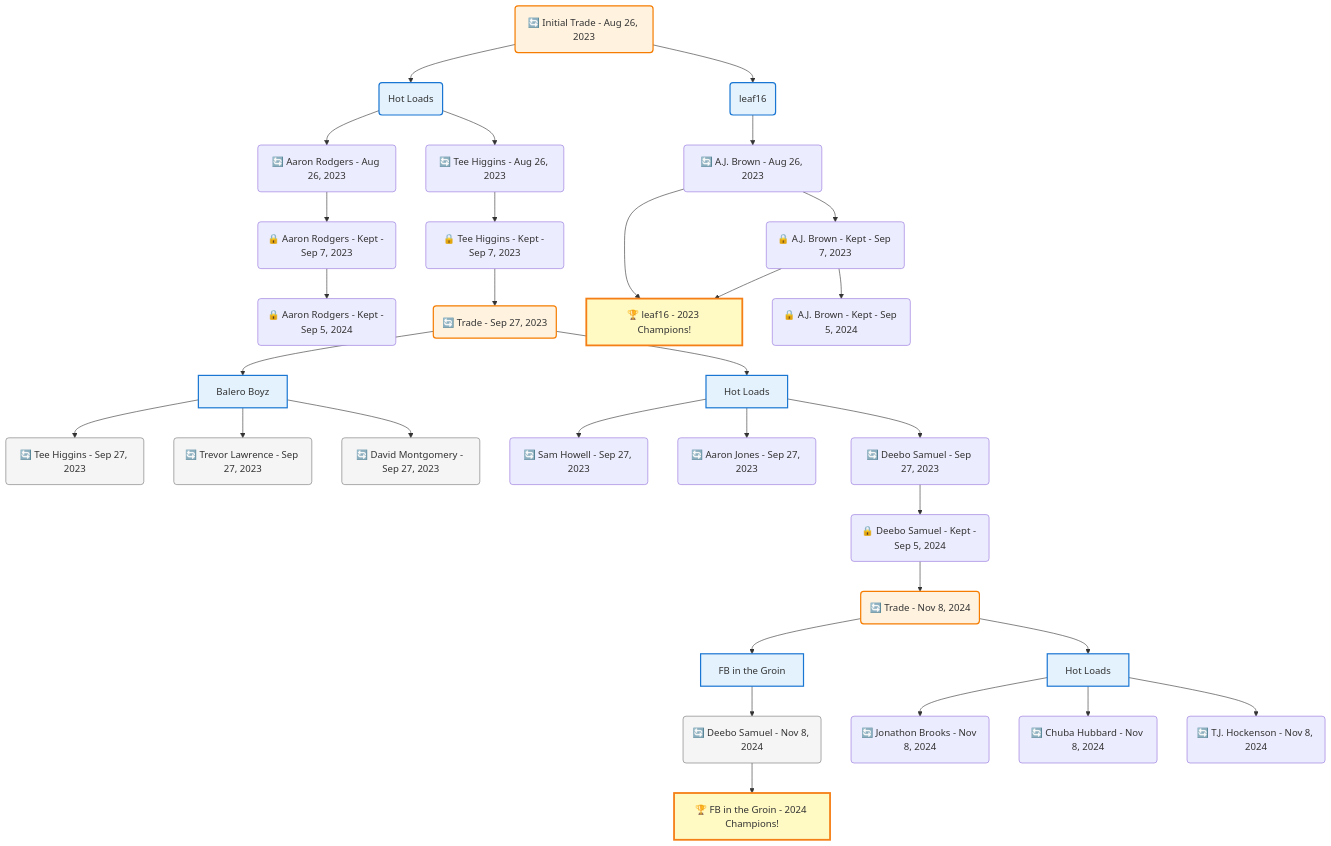
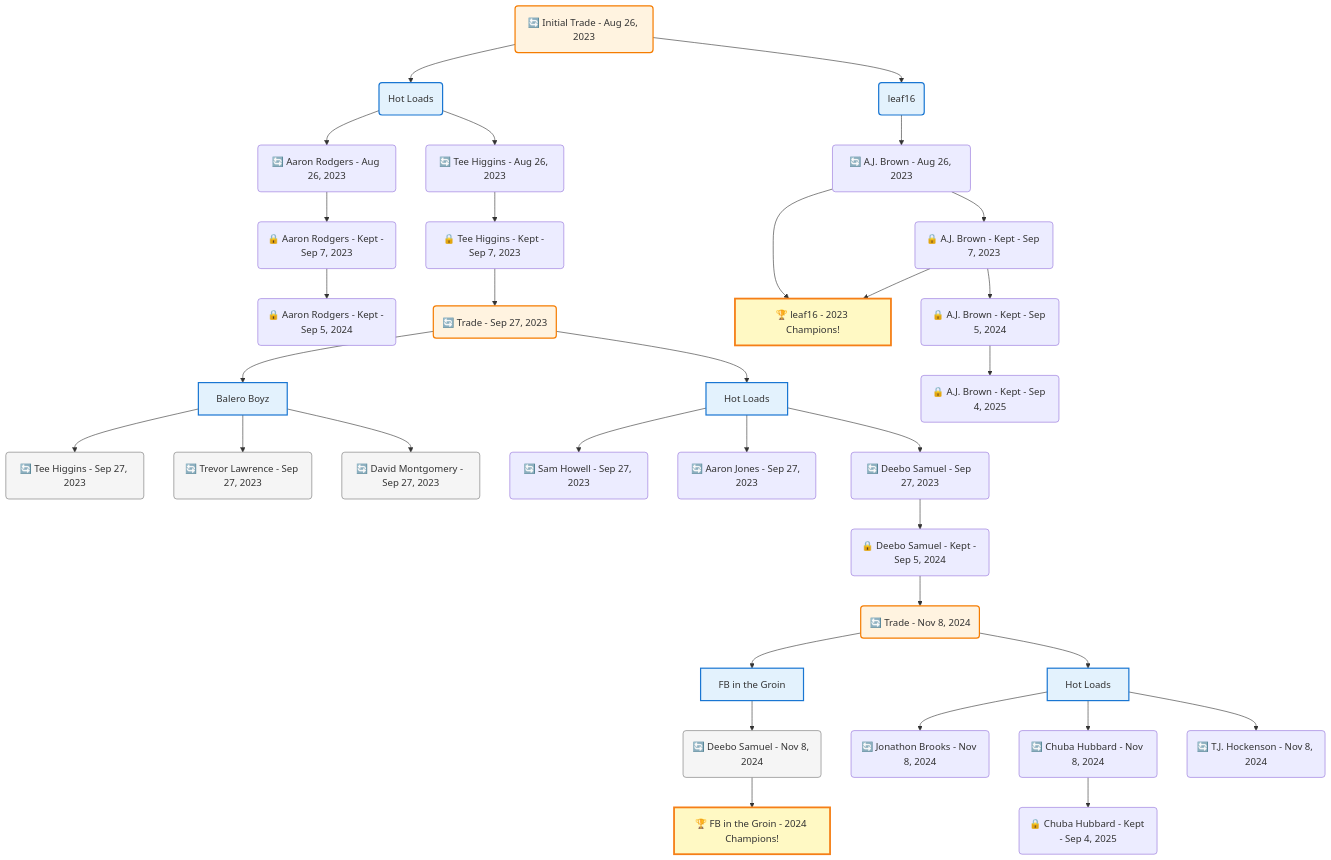
Before and after one commit to bsnooks/FantasyArchive: the diagram in frontend/public/data/trade-trees/mermaid/1e0f92f5-f740-452e-960a-a92c22afa115.mmd, drawn with Mermaid. The commit also changed 76 other files, not shown here.

```diff
--- a/frontend/public/data/trade-trees/mermaid/1e0f92f5-f740-452e-960a-a92c22afa115.mmd
+++ b/frontend/public/data/trade-trees/mermaid/1e0f92f5-f740-452e-960a-a92c22afa115.mmd
@@ -1,77 +1,81 @@
 flowchart TD
 
     TRADE_MAIN("🔄 Initial Trade - Aug 26, 2023")
     TEAM_1("Hot Loads")
     TEAM_2("leaf16")
     NODE_8aa48c5d-0248-4f37-b939-44a21820aa03("🔄 Aaron Rodgers - Aug 26, 2023")
     NODE_26db47e5-c944-4da7-9b03-6a5f8d2e24ba("🔒 Aaron Rodgers - Kept - Sep 7, 2023")
     NODE_8d0251b9-0d10-47cf-ad54-5688e80245c6("🔒 Aaron Rodgers - Kept - Sep 5, 2024")
     NODE_e0000e36-700d-493f-b3eb-b050938564e6("🔄 Tee Higgins - Aug 26, 2023")
     NODE_453b8831-21eb-4510-b8a5-23f747865f75("🔒 Tee Higgins - Kept - Sep 7, 2023")
     TRADE_a87ca260-7a67-4fda-b702-48aca8c93813_3("🔄 Trade - Sep 27, 2023")
     TEAM_2feaf03e-fb22-498e-ac8f-e596b6ba7810_4["Balero Boyz"]
     NODE_d1321948-0010-45b8-9f9c-50ed5e494a00("🔄 Tee Higgins - Sep 27, 2023")
     NODE_a226803a-f683-470b-9e1b-2d3be487344a("🔄 Trevor Lawrence - Sep 27, 2023")
     NODE_c76d0f13-8bb8-4e7e-ad9e-8f2498ccd9f8("🔄 David Montgomery - Sep 27, 2023")
     TEAM_8e9f18ff-62c3-40e8-bb10-32f74cf4ee33_5["Hot Loads"]
     NODE_b53204e1-97f3-4b20-94c4-113c02694b27("🔄 Sam Howell - Sep 27, 2023")
     NODE_4a0dd846-1b74-448d-96e3-1362af9ea147("🔄 Aaron Jones - Sep 27, 2023")
     NODE_c8106337-9eec-4786-b963-273acb19ea43("🔄 Deebo Samuel - Sep 27, 2023")
     NODE_bb66c11c-c38f-45f8-aafe-16c2666b2fb1("🔒 Deebo Samuel - Kept - Sep 5, 2024")
     TRADE_cd4b66da-5ead-4972-a2db-15f8396d4b26_6("🔄 Trade - Nov 8, 2024")
     TEAM_f483ecf1-cd17-4991-854b-e52dfc957b45_7["FB in the Groin"]
     NODE_f2e1bb09-d8ba-407c-b875-729b1093b622("🔄 Deebo Samuel - Nov 8, 2024")
     CHAMP_f483ecf1-cd17-4991-854b-e52dfc957b45_2024["🏆 FB in the Groin - 2024 Champions!"]
     TEAM_8e9f18ff-62c3-40e8-bb10-32f74cf4ee33_8["Hot Loads"]
     NODE_55efec5c-40f0-4eac-aa39-112ecf0d4fdd("🔄 Jonathon Brooks - Nov 8, 2024")
     NODE_b6e6d0e1-32a1-4006-964b-12909aabe3dc("🔄 Chuba Hubbard - Nov 8, 2024")
+    NODE_75251b91-4079-4dfc-90e2-e595a2606d27("🔒 Chuba Hubbard - Kept - Sep 4, 2025")
     NODE_cca3d8c5-6676-443a-a4fc-ec20ffebb111("🔄 T.J. Hockenson - Nov 8, 2024")
     NODE_d94a3670-dfbf-4c37-91c1-d9776711e83b("🔄 A.J. Brown - Aug 26, 2023")
     CHAMP_66fb98f4-89a7-45f9-893a-b41d71e6249d_2023["🏆 leaf16 - 2023 Champions!"]
     NODE_66ce661e-c7b3-47f3-b522-24e21946dbba("🔒 A.J. Brown - Kept - Sep 7, 2023")
     NODE_5c3d7ce1-e559-4d1e-8be6-e87ae55e700a("🔒 A.J. Brown - Kept - Sep 5, 2024")
+    NODE_4ef850b8-3c4e-4c1b-8425-0f82d155195f("🔒 A.J. Brown - Kept - Sep 4, 2025")
 
     TRADE_MAIN --> TEAM_1
     TRADE_MAIN --> TEAM_2
     TEAM_1 --> NODE_8aa48c5d-0248-4f37-b939-44a21820aa03
     NODE_8aa48c5d-0248-4f37-b939-44a21820aa03 --> NODE_26db47e5-c944-4da7-9b03-6a5f8d2e24ba
     NODE_26db47e5-c944-4da7-9b03-6a5f8d2e24ba --> NODE_8d0251b9-0d10-47cf-ad54-5688e80245c6
     TEAM_1 --> NODE_e0000e36-700d-493f-b3eb-b050938564e6
     NODE_e0000e36-700d-493f-b3eb-b050938564e6 --> NODE_453b8831-21eb-4510-b8a5-23f747865f75
     NODE_453b8831-21eb-4510-b8a5-23f747865f75 --> TRADE_a87ca260-7a67-4fda-b702-48aca8c93813_3
     TRADE_a87ca260-7a67-4fda-b702-48aca8c93813_3 --> TEAM_2feaf03e-fb22-498e-ac8f-e596b6ba7810_4
     TEAM_2feaf03e-fb22-498e-ac8f-e596b6ba7810_4 --> NODE_d1321948-0010-45b8-9f9c-50ed5e494a00
     TEAM_2feaf03e-fb22-498e-ac8f-e596b6ba7810_4 --> NODE_a226803a-f683-470b-9e1b-2d3be487344a
     TEAM_2feaf03e-fb22-498e-ac8f-e596b6ba7810_4 --> NODE_c76d0f13-8bb8-4e7e-ad9e-8f2498ccd9f8
     TRADE_a87ca260-7a67-4fda-b702-48aca8c93813_3 --> TEAM_8e9f18ff-62c3-40e8-bb10-32f74cf4ee33_5
     TEAM_8e9f18ff-62c3-40e8-bb10-32f74cf4ee33_5 --> NODE_b53204e1-97f3-4b20-94c4-113c02694b27
     TEAM_8e9f18ff-62c3-40e8-bb10-32f74cf4ee33_5 --> NODE_4a0dd846-1b74-448d-96e3-1362af9ea147
     TEAM_8e9f18ff-62c3-40e8-bb10-32f74cf4ee33_5 --> NODE_c8106337-9eec-4786-b963-273acb19ea43
     NODE_c8106337-9eec-4786-b963-273acb19ea43 --> NODE_bb66c11c-c38f-45f8-aafe-16c2666b2fb1
     NODE_bb66c11c-c38f-45f8-aafe-16c2666b2fb1 --> TRADE_cd4b66da-5ead-4972-a2db-15f8396d4b26_6
     TRADE_cd4b66da-5ead-4972-a2db-15f8396d4b26_6 --> TEAM_f483ecf1-cd17-4991-854b-e52dfc957b45_7
     TEAM_f483ecf1-cd17-4991-854b-e52dfc957b45_7 --> NODE_f2e1bb09-d8ba-407c-b875-729b1093b622
     NODE_f2e1bb09-d8ba-407c-b875-729b1093b622 --> CHAMP_f483ecf1-cd17-4991-854b-e52dfc957b45_2024
     TRADE_cd4b66da-5ead-4972-a2db-15f8396d4b26_6 --> TEAM_8e9f18ff-62c3-40e8-bb10-32f74cf4ee33_8
     TEAM_8e9f18ff-62c3-40e8-bb10-32f74cf4ee33_8 --> NODE_55efec5c-40f0-4eac-aa39-112ecf0d4fdd
     TEAM_8e9f18ff-62c3-40e8-bb10-32f74cf4ee33_8 --> NODE_b6e6d0e1-32a1-4006-964b-12909aabe3dc
+    NODE_b6e6d0e1-32a1-4006-964b-12909aabe3dc --> NODE_75251b91-4079-4dfc-90e2-e595a2606d27
     TEAM_8e9f18ff-62c3-40e8-bb10-32f74cf4ee33_8 --> NODE_cca3d8c5-6676-443a-a4fc-ec20ffebb111
     TEAM_2 --> NODE_d94a3670-dfbf-4c37-91c1-d9776711e83b
     NODE_d94a3670-dfbf-4c37-91c1-d9776711e83b --> CHAMP_66fb98f4-89a7-45f9-893a-b41d71e6249d_2023
     NODE_d94a3670-dfbf-4c37-91c1-d9776711e83b --> NODE_66ce661e-c7b3-47f3-b522-24e21946dbba
     NODE_66ce661e-c7b3-47f3-b522-24e21946dbba --> CHAMP_66fb98f4-89a7-45f9-893a-b41d71e6249d_2023
     NODE_66ce661e-c7b3-47f3-b522-24e21946dbba --> NODE_5c3d7ce1-e559-4d1e-8be6-e87ae55e700a
+    NODE_5c3d7ce1-e559-4d1e-8be6-e87ae55e700a --> NODE_4ef850b8-3c4e-4c1b-8425-0f82d155195f
 
     %% Node styling
     classDef teamNode fill:#e3f2fd,stroke:#1976d2,stroke-width:2px
     classDef tradeNode fill:#fff3e0,stroke:#f57c00,stroke-width:2px
     classDef playerNode fill:#f3e5f5,stroke:#7b1fa2,stroke-width:1px
     classDef nonRootPlayerNode fill:#f5f5f5,stroke:#757575,stroke-width:1px
     classDef endNode fill:#ffebee,stroke:#c62828,stroke-width:2px
     classDef waiverNode fill:#e8f5e8,stroke:#388e3c,stroke-width:2px
     classDef championshipNode fill:#fff9c4,stroke:#f57f17,stroke-width:3px
 
     class TEAM_1,TEAM_2,TEAM_2feaf03e-fb22-498e-ac8f-e596b6ba7810_4,TEAM_8e9f18ff-62c3-40e8-bb10-32f74cf4ee33_5,TEAM_f483ecf1-cd17-4991-854b-e52dfc957b45_7,TEAM_8e9f18ff-62c3-40e8-bb10-32f74cf4ee33_8 teamNode
     class CHAMP_f483ecf1-cd17-4991-854b-e52dfc957b45_2024,CHAMP_66fb98f4-89a7-45f9-893a-b41d71e6249d_2023 championshipNode
     class NODE_d1321948-0010-45b8-9f9c-50ed5e494a00,NODE_a226803a-f683-470b-9e1b-2d3be487344a,NODE_c76d0f13-8bb8-4e7e-ad9e-8f2498ccd9f8,NODE_f2e1bb09-d8ba-407c-b875-729b1093b622 nonRootPlayerNode
     class TRADE_MAIN,TRADE_a87ca260-7a67-4fda-b702-48aca8c93813_3,TRADE_cd4b66da-5ead-4972-a2db-15f8396d4b26_6 tradeNode
```
